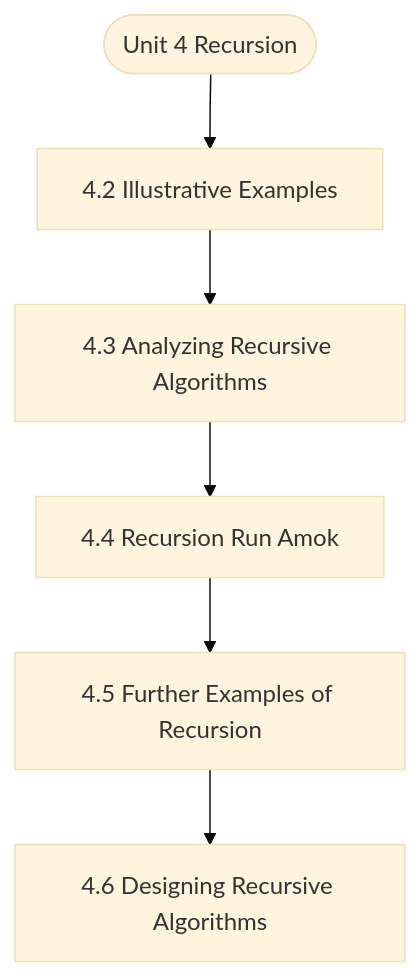
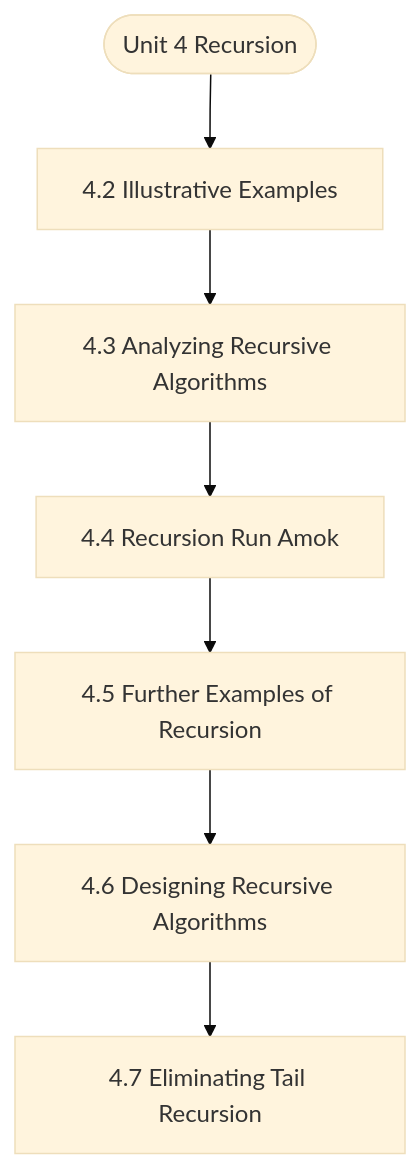
Before and after one commit to Asutosh-Coaching/mscdsa: the diagram in notes/Semester_1/MCS-063_Data_Structures_using_Python/unit_04_Recursion.md, drawn with Mermaid (base theme). The commit also changed other lines of this file and 116 other files, not shown here.

````diff
--- a/notes/Semester_1/MCS-063_Data_Structures_using_Python/unit_04_Recursion.md
+++ b/notes/Semester_1/MCS-063_Data_Structures_using_Python/unit_04_Recursion.md
@@ -19,14 +19,16 @@
 ```mermaid
 flowchart TD
   Start(["Unit 4 Recursion"])
   N1["4.2 Illustrative Examples"]
   N2["4.3 Analyzing Recursive Algorithms"]
   N3["4.4 Recursion Run Amok"]
   N4["4.5 Further Examples of Recursion"]
   N5["4.6 Designing Recursive Algorithms"]
+  N6["4.7 Eliminating Tail Recursion"]
   Start --> N1
   N1 --> N2
   N2 --> N3
   N3 --> N4
   N4 --> N5
+  N5 --> N6
 ```
````
